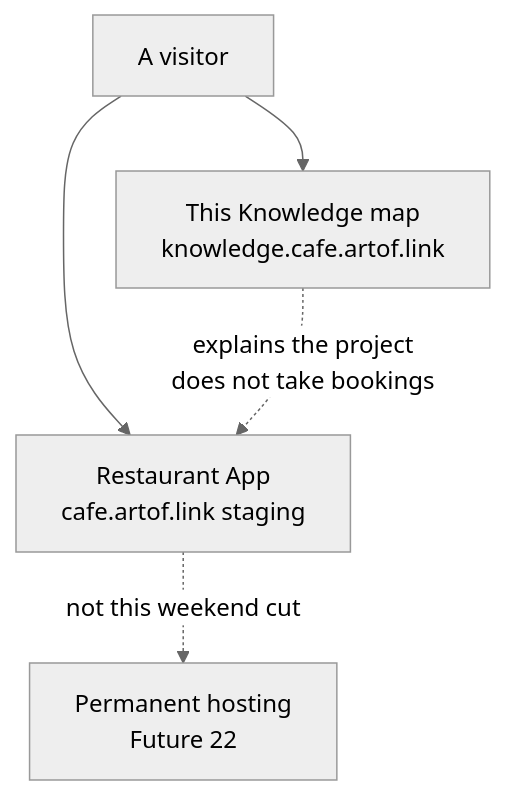
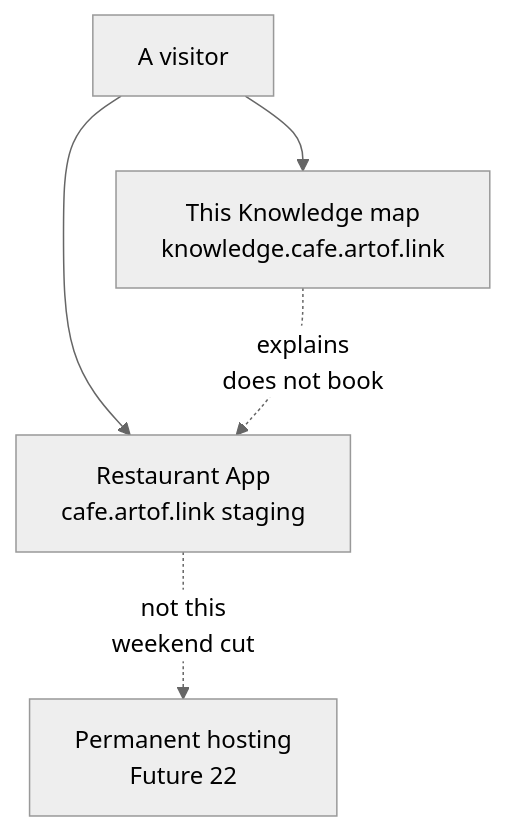
The diagram in knowledge/index.md (artofdream/aea-interactive-design), drawn with Mermaid (neutral theme) before and after one commit. The commit also changed 6 other files, not shown here.

First line of the commit message:
Knowledge: mobile-friendly glossary status-word diagram (#114)

````diff
--- a/knowledge/index.md
+++ b/knowledge/index.md
@@ -38,11 +38,11 @@
-```mermaid
+```mermaid fit
 flowchart TB
   visitor[A visitor]
-  map[This Knowledge map\nknowledge.cafe.artof.link]
-  app[Restaurant App\ncafe.artof.link staging]
-  forever[Permanent hosting\nFuture 22]
+  map[This Knowledge map<br/>knowledge.cafe.artof.link]
+  app[Restaurant App<br/>cafe.artof.link staging]
+  forever[Permanent hosting<br/>Future 22]
   visitor --> map
   visitor --> app
-  map -.->|explains the project\ndoes not take bookings| app
-  app -.->|not this weekend cut| forever
+  map -.->|explains<br/>does not book| app
+  app -.->|not this<br/>weekend cut| forever
 ```
````
